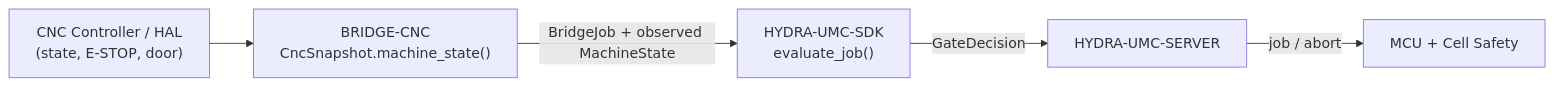
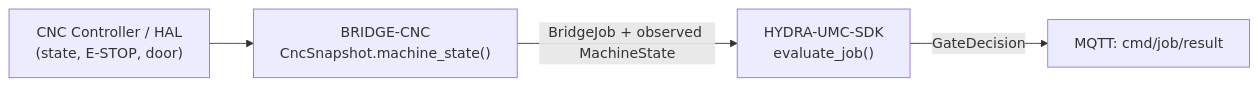
The diagram in README.md (JuanenRac/HYDRA-UMC-BRIDGE-CNC), drawn with Mermaid before and after one commit. The commit also changed other lines of this file and 22 other files, not shown here.

````diff
--- a/README.md
+++ b/README.md
@@ -49,7 +50,6 @@
 ```mermaid
 flowchart LR
     CNC["CNC Controller / HAL<br/>(state, E-STOP, door)"] --> BRIDGE["BRIDGE-CNC<br/>CncSnapshot.machine_state()"]
     BRIDGE -- "BridgeJob + observed MachineState" --> SDK["HYDRA-UMC-SDK<br/>evaluate_job()"]
-    SDK -- GateDecision --> SERVER["HYDRA-UMC-SERVER"]
-    SERVER -- "job / abort" --> MCU["MCU + Cell Safety"]
+    SDK -- GateDecision --> RESULT["MQTT: cmd/job/result"]
 ```
````
